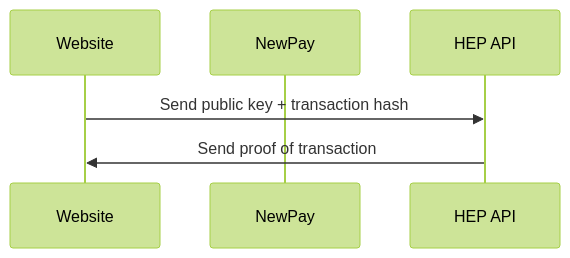
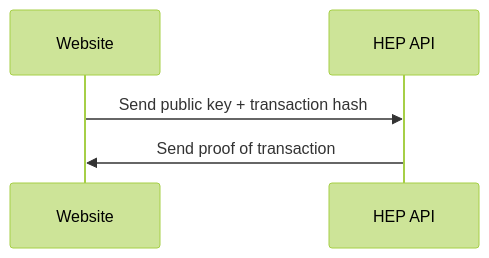
Before and after one commit to newtonproject/HEP-specification: the second of 3 diagrams in proof_of_action_process.md, drawn with Mermaid (forest theme).

Commit message:
Delete empty parent

````diff
--- a/proof_of_action_process.md
+++ b/proof_of_action_process.md
@@ -22,9 +22,8 @@
 ```mermaid
 sequenceDiagram;
     participant Website;
-	participant NewPay;
 	participant HEP API;
 
 	Website->>HEP API: Send public key + transaction hash;
 	HEP API->>Website: Send proof of transaction;
 ```
````
